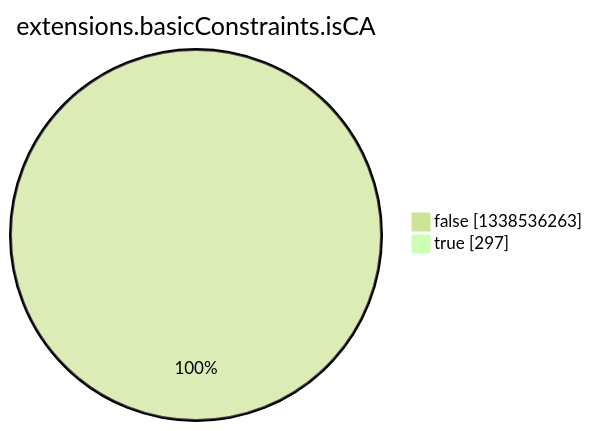
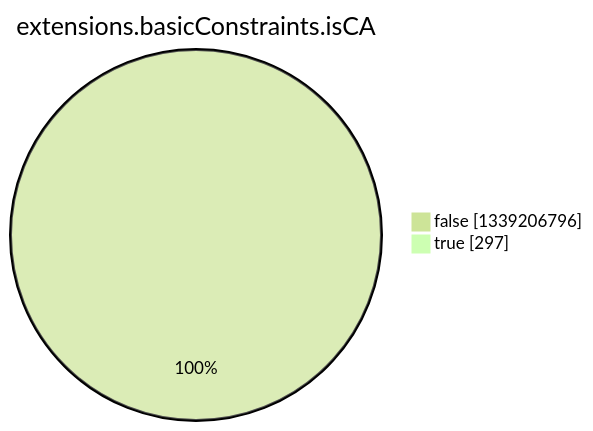
The eighth of 15 diagrams in argon2022/README.md (christiankrug/ctmonitor_visualization), drawn with Mermaid (forest theme) before and after one commit. The commit also changed other lines of this file, not shown here.

````diff
--- a/argon2022/README.md
+++ b/argon2022/README.md
@@ -2758,6 +2758,6 @@
 ```mermaid
 pie showData
 title extensions.basicConstraints.isCA
-"false" :1338536263
+"false" :1339206796
 "true" :297
 ```
````
